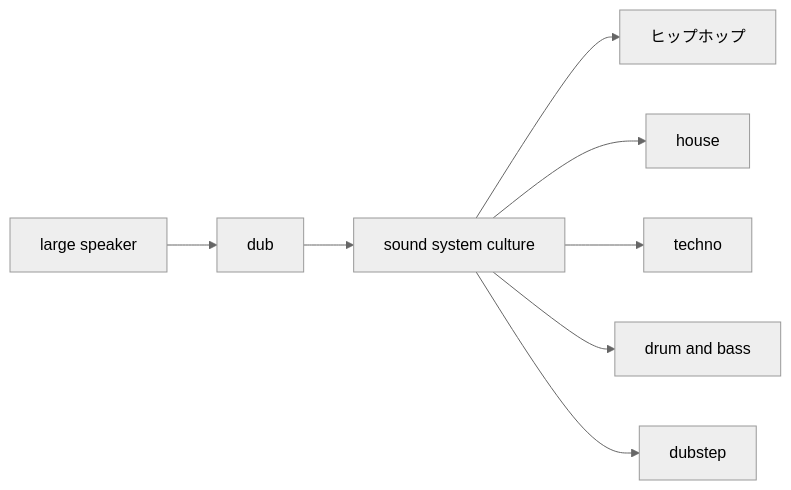
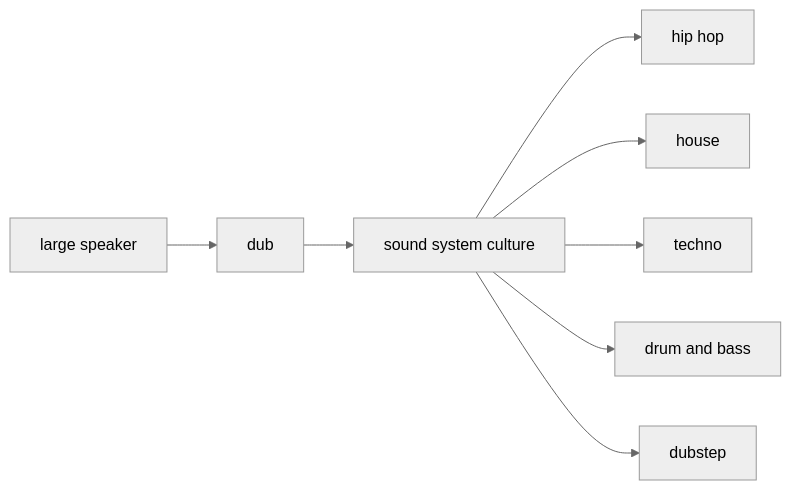
One commit to monumental-movement/monumental-movement.github.io changed the fifth of 10 diagrams in en/_posts/2026-08-01-column-why-bass-feels-good.md. Above: the diagram before and after it, drawn with Mermaid (neutral theme). The commit also changed other lines of this file and 851 other files, not shown here.

```diff
--- a/en/_posts/2026-08-01-column-why-bass-feels-good.md
+++ b/en/_posts/2026-08-01-column-why-bass-feels-good.md
@@ -546,14 +546,14 @@
 <div class="mermaid">
 flowchart LR
 
 A[large speaker]
 -->B[dub]
 
 B-->C[sound system culture]
 
-C-->D[ヒップホップ]
+C-->D[hip hop]
 C-->E[house]
 C-->F[techno]
 C-->G[drum and bass]
 C-->H[dubstep]
 </div>
```
